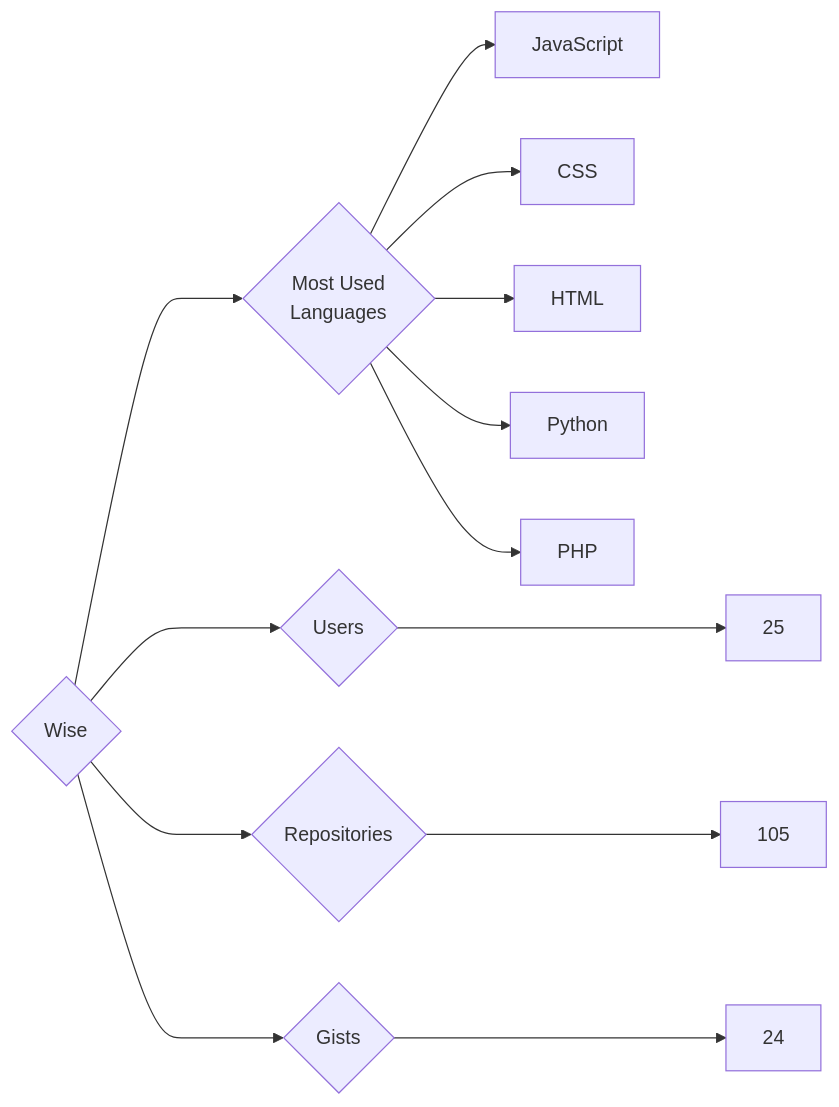
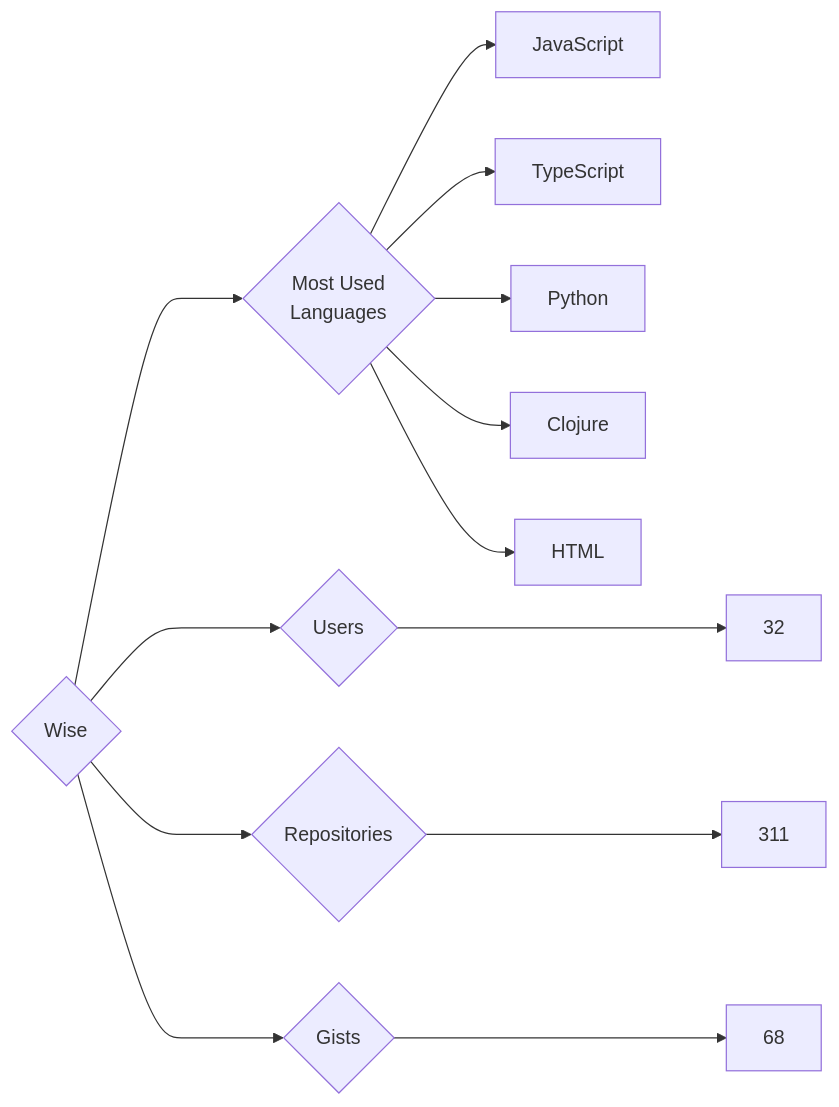
Before and after one commit to trickest/insiders: the diagram in targets/Wise/README.md, drawn with Mermaid. The commit also changed 833 other files, not shown here.

````diff
--- a/targets/Wise/README.md
+++ b/targets/Wise/README.md
@@ -3,13 +3,13 @@
 ```mermaid
 graph LR
 COMPANY_NAME{Wise}
-COMPANY_NAME ---> U{Users} ---> UN[25]
-COMPANY_NAME ---> R{Repositories} ---> RN[105]
-COMPANY_NAME ---> G{Gists} ---> GN[24]
+COMPANY_NAME ---> U{Users} ---> UN[32]
+COMPANY_NAME ---> R{Repositories} ---> RN[311]
+COMPANY_NAME ---> G{Gists} ---> GN[68]
 COMPANY_NAME ---> ML{Most Used<br>Languages}
 ML --> JavaScript[JavaScript]
-ML --> CSS[CSS]
+ML --> TypeScript[TypeScript]
+ML --> Python[Python]
+ML --> Clojure[Clojure]
 ML --> HTML[HTML]
-ML --> Python[Python]
-ML --> PHP[PHP]
 ```
````
